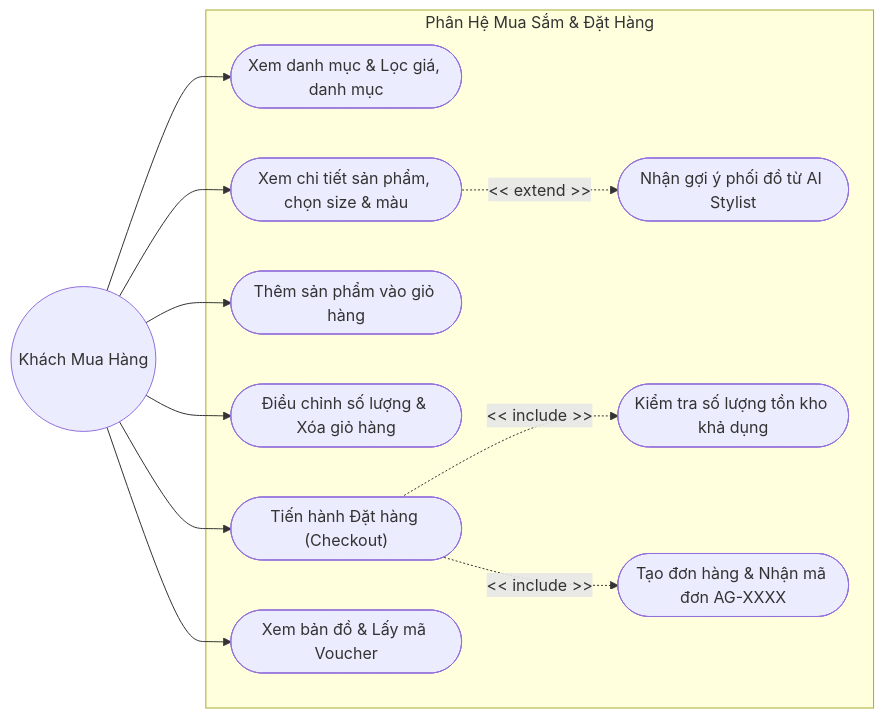
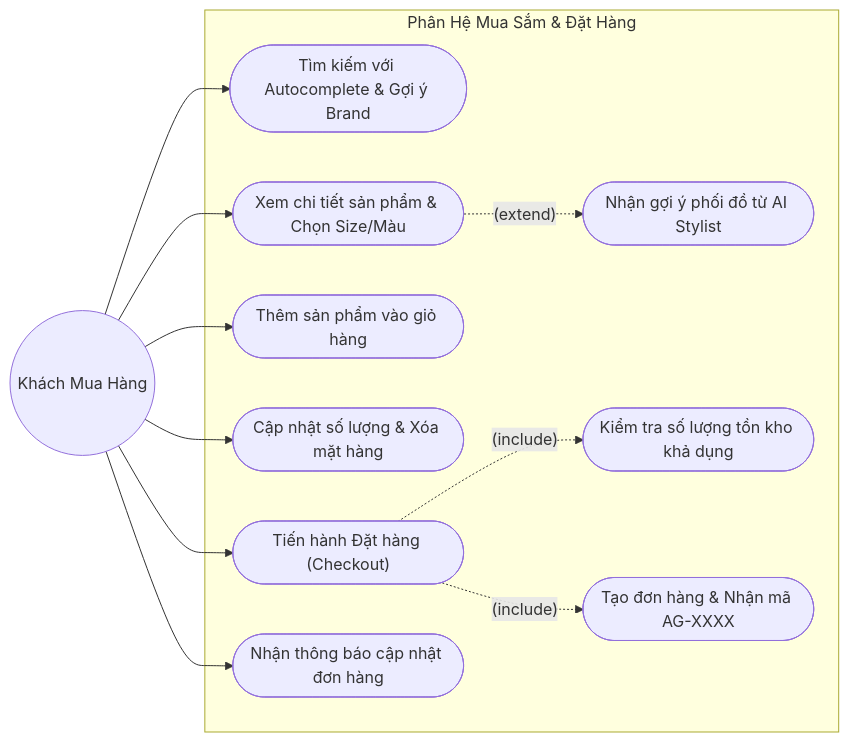
The seventh of 16 diagrams in BAO_CAO_THIET_KE_HE_THONG.md (longthan12334/He-thong-thuong-mai-ien-tu-tich-hop-AI), drawn with Mermaid before and after one commit. The commit also changed other lines of this file, not shown here.

````diff
--- a/BAO_CAO_THIET_KE_HE_THONG.md
+++ b/BAO_CAO_THIET_KE_HE_THONG.md
@@ -231,27 +281,27 @@
 ```mermaid
 flowchart LR
     Customer(("Khách Mua Hàng"))
 
     subgraph ShoppingContext ["Phân Hệ Mua Sắm & Đặt Hàng"]
-        UC1(["Xem danh mục & Lọc giá, danh mục"])
-        UC2(["Xem chi tiết sản phẩm, chọn size & màu"])
+        UC1(["Tìm kiếm với Autocomplete & Gợi ý Brand"])
+        UC2(["Xem chi tiết sản phẩm & Chọn Size/Màu"])
         UC3(["Nhận gợi ý phối đồ từ AI Stylist"])
         UC4(["Thêm sản phẩm vào giỏ hàng"])
-        UC5(["Điều chỉnh số lượng & Xóa giỏ hàng"])
+        UC5(["Cập nhật số lượng & Xóa mặt hàng"])
         UC6(["Tiến hành Đặt hàng (Checkout)"])
         UC7(["Kiểm tra số lượng tồn kho khả dụng"])
-        UC8(["Tạo đơn hàng & Nhận mã đơn AG-XXXX"])
-        UC9(["Xem bản đồ & Lấy mã Voucher"])
+        UC8(["Tạo đơn hàng & Nhận mã AG-XXXX"])
+        UC9(["Nhận thông báo cập nhật đơn hàng"])
 
-        UC6 -.->|<< include >>| UC7
-        UC6 -.->|<< include >>| UC8
-        UC2 -.->|<< extend >>| UC3
+        UC6 -.->|"(include)"| UC7
+        UC6 -.->|"(include)"| UC8
+        UC2 -.->|"(extend)"| UC3
     end
 
     Customer --> UC1
     Customer --> UC2
     Customer --> UC4
     Customer --> UC5
     Customer --> UC6
     Customer --> UC9
 ```
````
